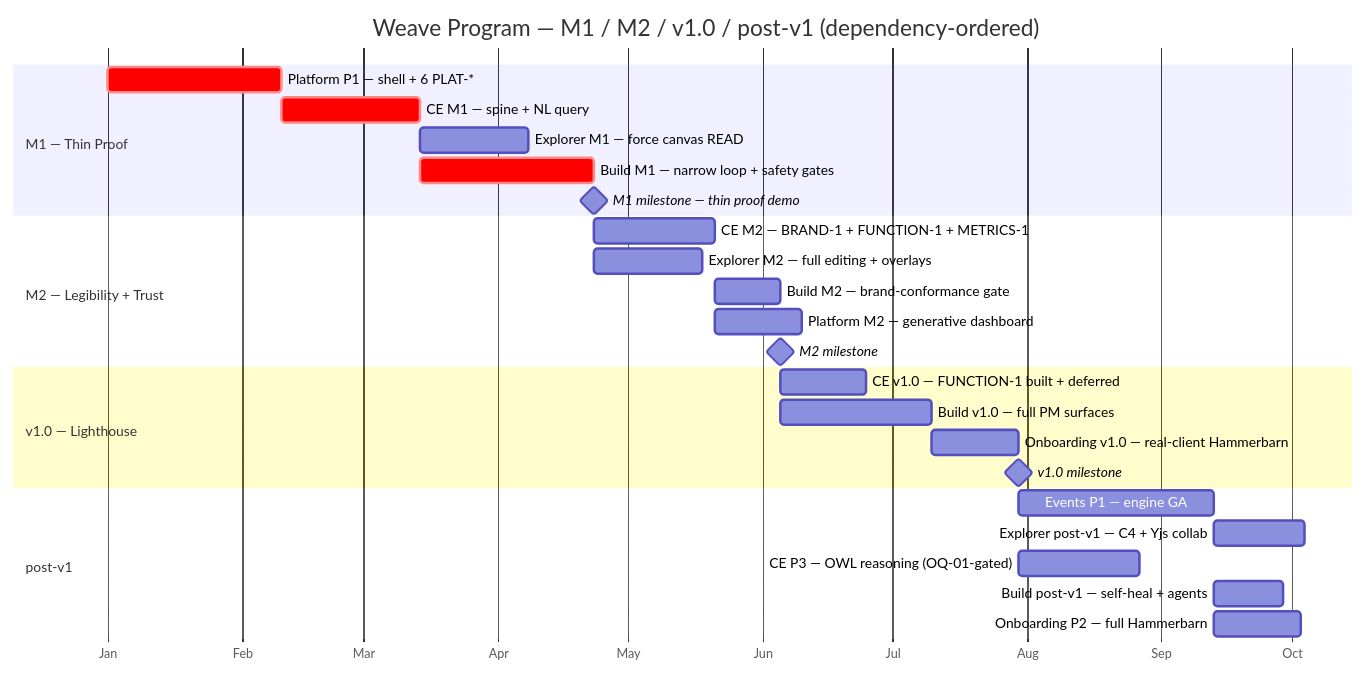
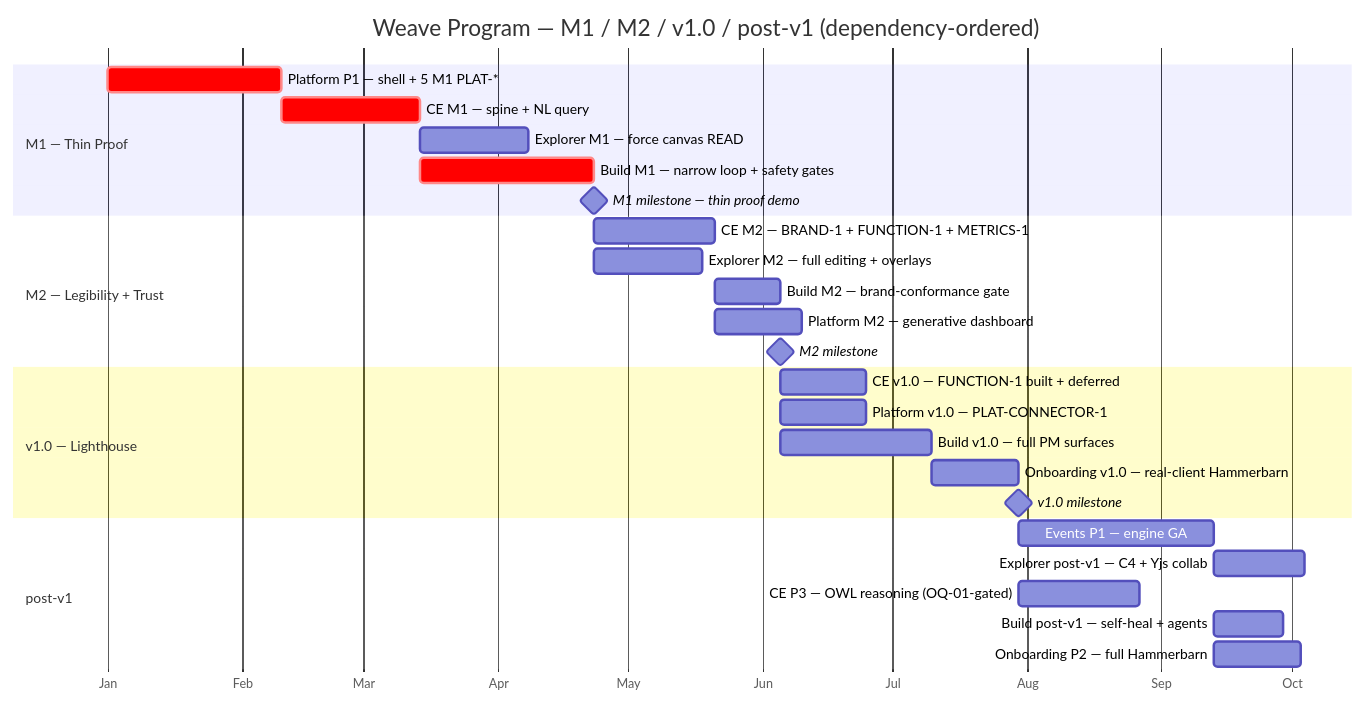
The diagram in docs/specs/weave/weave-spec.md (gazzwi86/weave), drawn with Mermaid before and after one commit. The commit also changed other lines of this file and 93 other files, not shown here.

````diff
--- a/docs/specs/weave/weave-spec.md
+++ b/docs/specs/weave/weave-spec.md
@@ -267,33 +288,34 @@
 ```mermaid
 gantt
     title Weave Program — M1 / M2 / v1.0 / post-v1 (dependency-ordered)
     dateFormat YYYY-MM-DD
     axisFormat %b
 
     section M1 — Thin Proof
-        Platform P1 — shell + 6 PLAT-*       :crit, plat1, 2026-01-01, 40d
+        Platform P1 — shell + 5 M1 PLAT-*    :crit, plat1, 2026-01-01, 40d
         CE M1 — spine + NL query              :crit, ce_m1, after plat1, 32d
         Explorer M1 — force canvas READ       :ge_m1, after ce_m1, 25d
         Build M1 — narrow loop + safety gates :crit, build_m1, after ce_m1, 40d
         M1 milestone — thin proof demo        :milestone, m1, after build_m1, 0d
 
     section M2 — Legibility + Trust
         CE M2 — BRAND-1 + FUNCTION-1 + METRICS-1:ce_m2, after m1, 28d
         Explorer M2 — full editing + overlays    :ge_m2, after m1, 25d
         Build M2 — brand-conformance gate        :build_m2, after ce_m2, 15d
         Platform M2 — generative dashboard       :plat_m2, after ce_m2, 20d
         M2 milestone                             :milestone, m2, after build_m2, 0d
 
     section v1.0 — Lighthouse
         CE v1.0 — FUNCTION-1 built + deferred  :ce_v10, after m2, 20d
+        Platform v1.0 — PLAT-CONNECTOR-1        :plat_v10, after m2, 20d
         Build v1.0 — full PM surfaces           :build_v10, after m2, 35d
         Onboarding v1.0 — real-client Hammerbarn:onb_v10, after build_v10, 20d
         v1.0 milestone                          :milestone, v10, after onb_v10, 0d
 
     section post-v1
         Events P1 — engine GA                :events1, after v10, 45d
         Explorer post-v1 — C4 + Yjs collab   :ge_post, after events1, 21d
         CE P3 — OWL reasoning (OQ-01-gated)  :ce_post, after v10, 28d
         Build post-v1 — self-heal + agents   :build_post, after events1, 16d
         Onboarding P2 — full Hammerbarn      :onb_post, after events1, 20d
 ```
````
